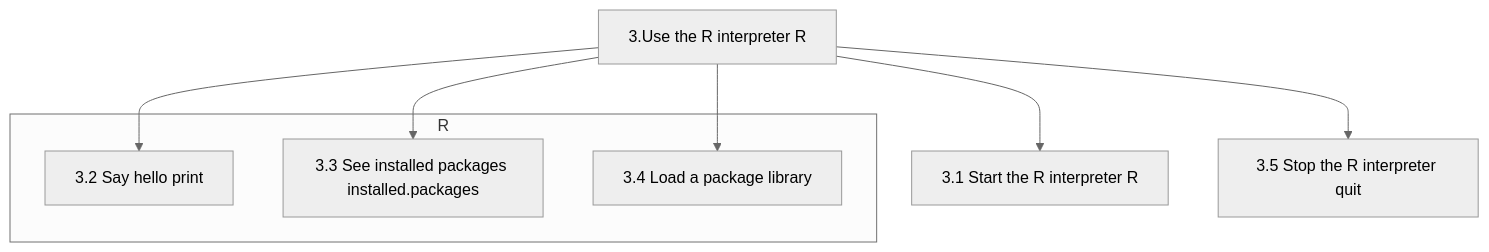
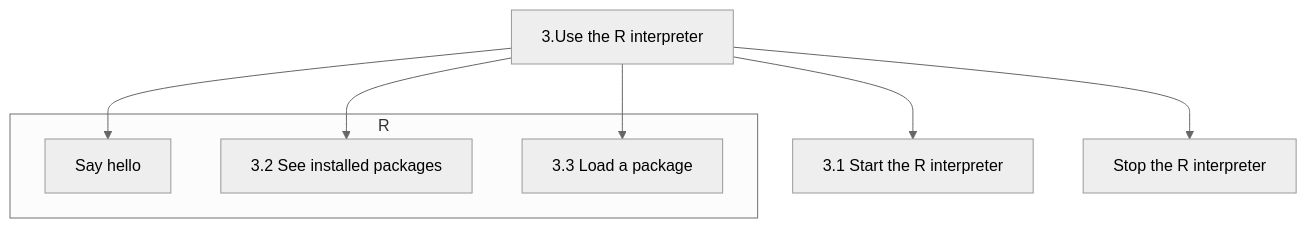
The diagram in docs/r/load_run_r_interpreter.mmd (UPPMAX/R-python-julia-matlab-HPC), drawn with Mermaid (neutral theme) before and after one commit. The commit also changed 2 other files, not shown here.

Commit message:
Numbers in diagram match exercise again, no command in nodes, as this confuses more than it aids

```diff
--- a/docs/r/load_run_r_interpreter.mmd
+++ b/docs/r/load_run_r_interpreter.mmd
@@ -1,16 +1,16 @@
 flowchart TD
 
-  use_r_interpreter[3.Use the R interpreter R]
-  start_r_interpreter[3.1 Start the R interpreter R]
+  use_r_interpreter[3.Use the R interpreter]
+  start_r_interpreter[3.1 Start the R interpreter]
   subgraph R
-    say_hello[3.2 Say hello print]
-    see_installed_packages[3.3 See installed packages installed.packages]
-    load_package[3.4 Load a package library]
+    say_hello[Say hello]
+    see_installed_packages[3.2 See installed packages]
+    load_package[3.3 Load a package]
   end
-  stop_r_interpreter[3.5 Stop the R interpreter quit]
+  stop_r_interpreter[Stop the R interpreter]
 
   use_r_interpreter --> start_r_interpreter
   use_r_interpreter --> say_hello
   use_r_interpreter --> see_installed_packages
   use_r_interpreter --> load_package
   use_r_interpreter --> stop_r_interpreter
```
